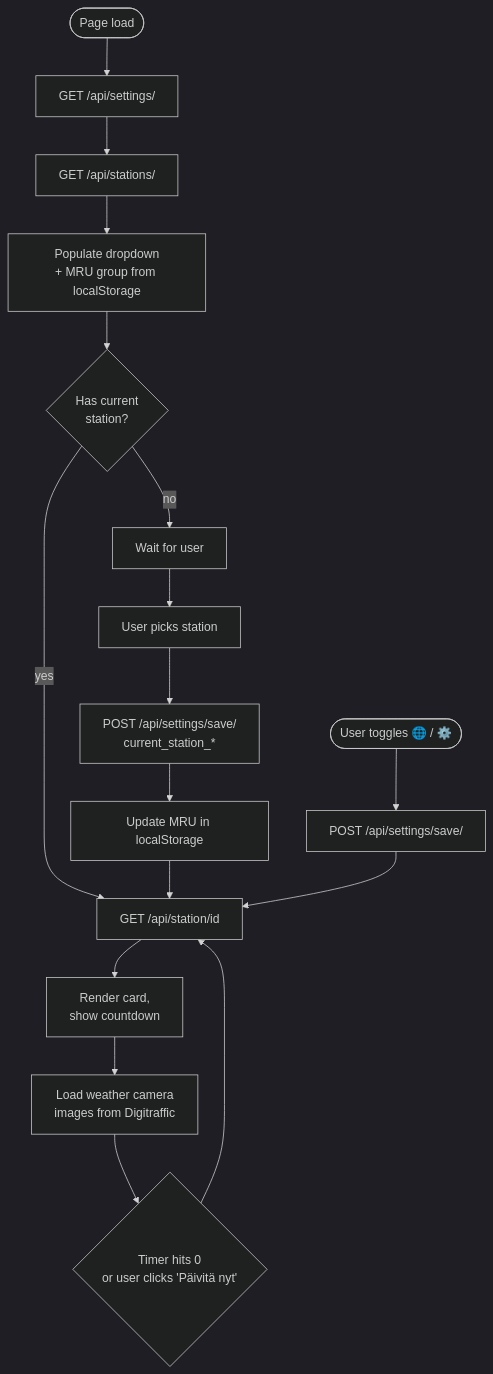
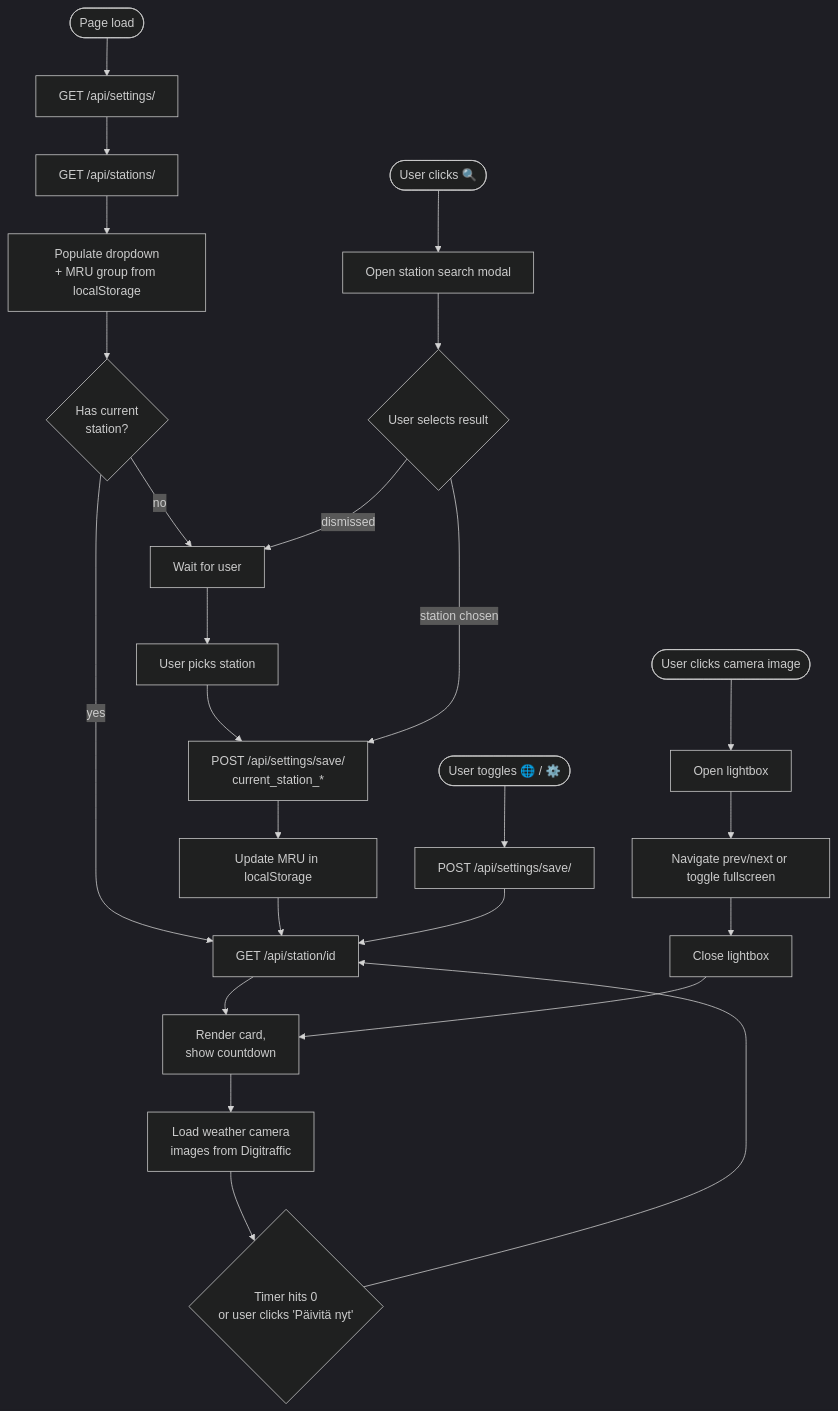
Before and after one commit to jjankkil/weatherview-django: the ninth of 9 diagrams in docs/ARCHITECTURE.md, drawn with Mermaid (dark theme). The commit also changed other lines of this file and 4 other files, not shown here.

Commit message:
Add station search button and text box

````diff
--- a/docs/ARCHITECTURE.md
+++ b/docs/ARCHITECTURE.md
@@ -373,19 +373,27 @@
 ```mermaid
 flowchart TD
     A([Page load]) --> B[GET /api/settings/]
     B --> C[GET /api/stations/]
     C --> D[Populate dropdown<br/>+ MRU group from localStorage]
     D --> E{Has current<br/>station?}
     E -->|yes| F[GET /api/station/id]
     E -->|no| G[Wait for user]
     F --> H[Render card,<br/>show countdown]
     H --> I[Load weather camera<br/>images from Digitraffic]
     I --> J{Timer hits 0<br/>or user clicks 'Päivitä nyt'}
     J --> F
     G --> K[User picks station]
     K --> L[POST /api/settings/save/<br/>current_station_*]
     L --> M[Update MRU in localStorage]
     M --> F
     N([User toggles 🌐 / ⚙️]) --> O[POST /api/settings/save/]
     O --> F
+    P([User clicks 🔍]) --> Q[Open station search modal]
+    Q --> R{User selects result}
+    R -->|station chosen| L
+    R -->|dismissed| G
+    S([User clicks camera image]) --> T[Open lightbox]
+    T --> U[Navigate prev/next or toggle fullscreen]
+    U --> V[Close lightbox]
+    V --> H
 ```
````
